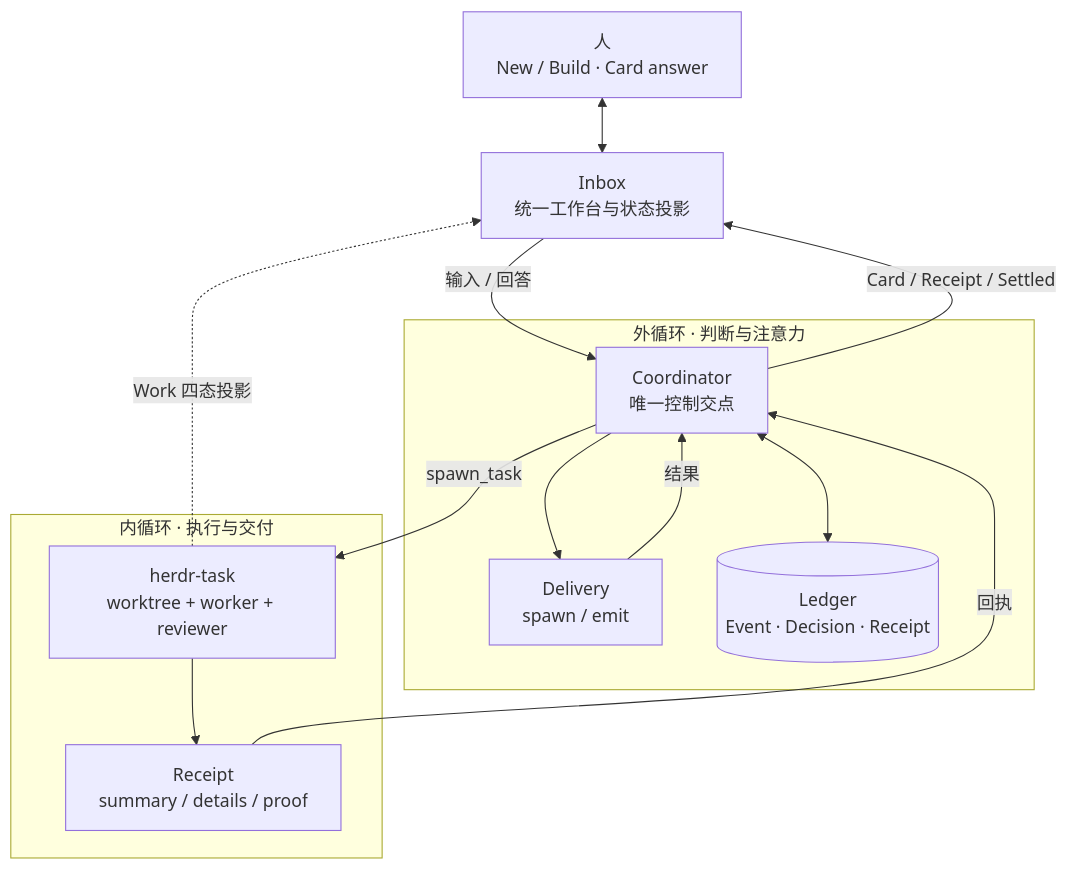
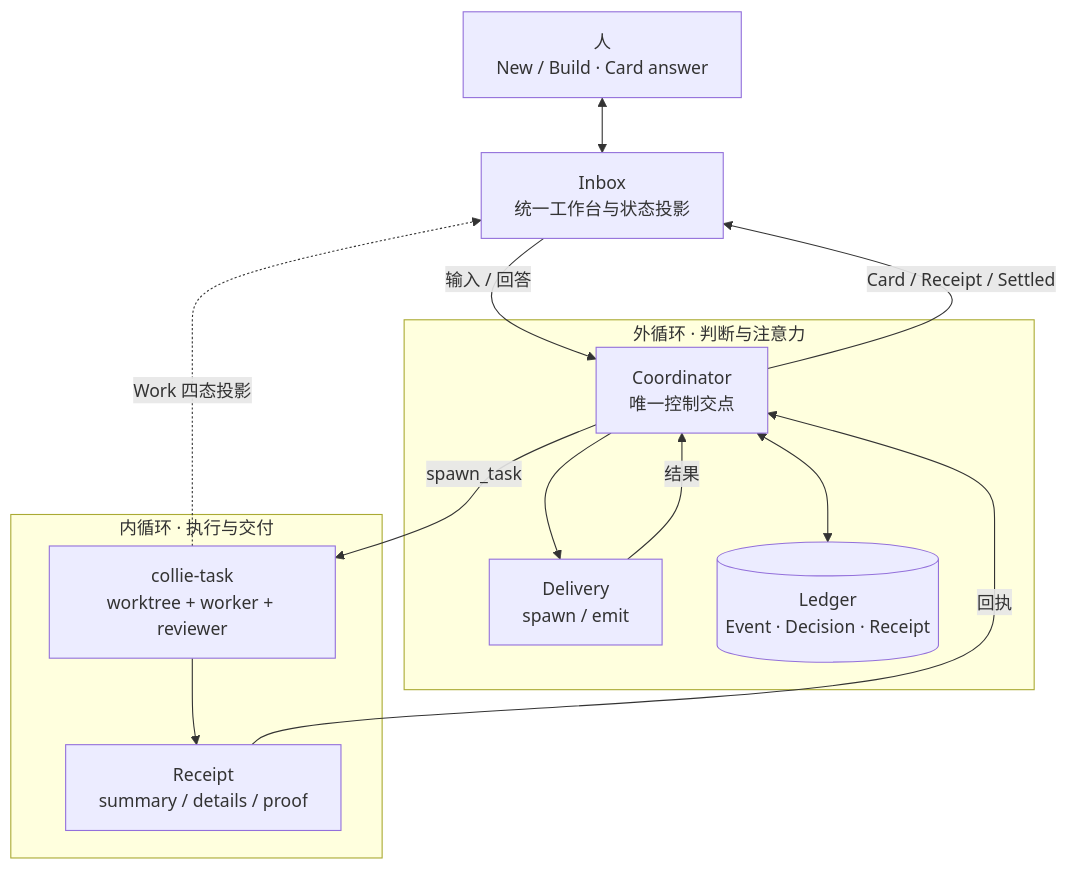
Before and after one commit to iodone/collie: the diagram in README.md, drawn with Mermaid. The commit also changed other lines of this file and 2 other files, not shown here.

First line of the commit message:
docs: refresh Work/Ticket mapping and collie-task naming

````diff
--- a/README.md
+++ b/README.md
@@ -46,22 +59,22 @@
 ```mermaid
 flowchart TB
   H["人<br/>New / Build · Card answer"] <--> I["Inbox<br/>统一工作台与状态投影"]
   subgraph OUTER["外循环 · 判断与注意力"]
     CO["Coordinator<br/>唯一控制交点"]
     D["Delivery<br/>spawn / emit"]
     L[("Ledger<br/>Event · Decision · Receipt")]
     CO --> D
     D -->|"结果"| CO
     CO <--> L
   end
   subgraph INNER["内循环 · 执行与交付"]
-    T["herdr-task<br/>worktree + worker + reviewer"]
+    T["collie-task<br/>worktree + worker + reviewer"]
     R["Receipt<br/>summary / details / proof"]
     T --> R
   end
   I -->|"输入 / 回答"| CO
   CO -->|"Card / Receipt / Settled"| I
   CO -->|"spawn_task"| T
   R -->|"回执"| CO
   T -. "Work 四态投影" .-> I
 ```
````
